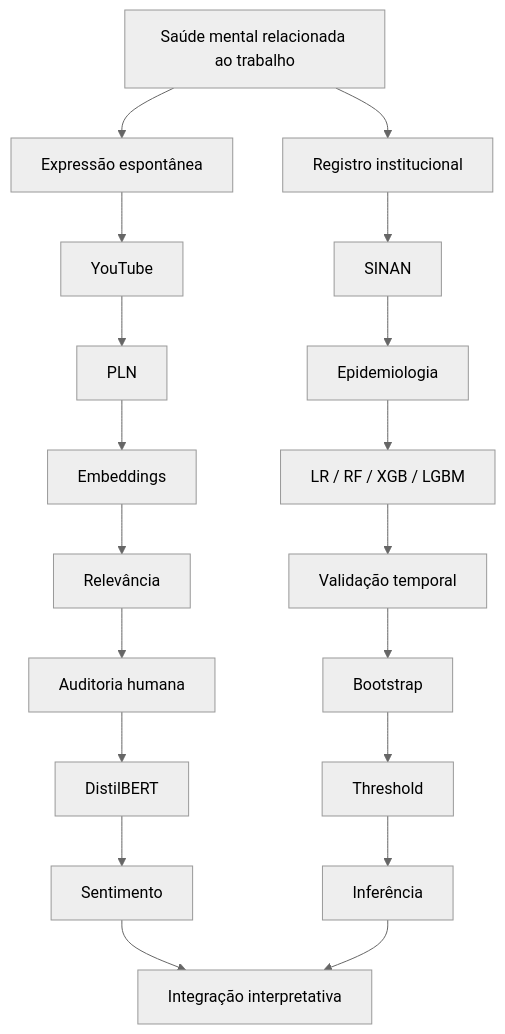
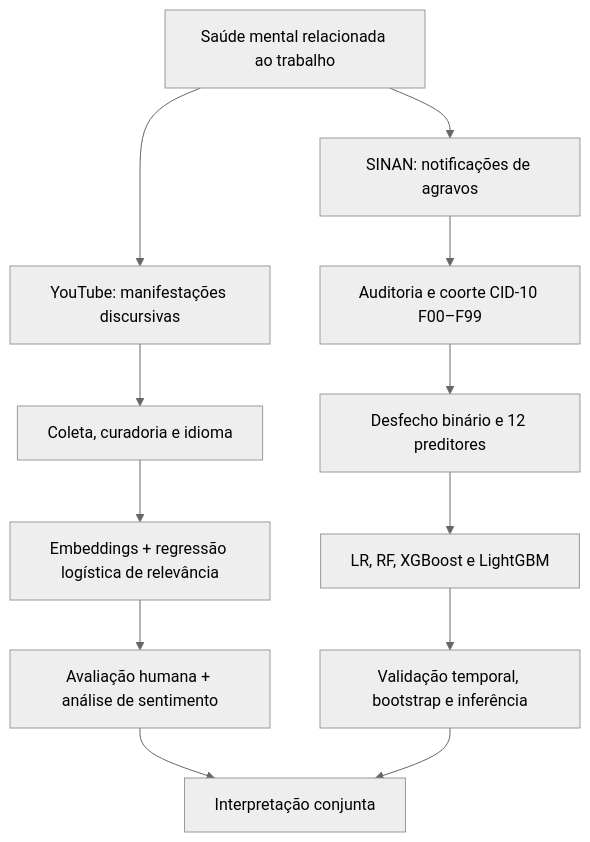
One commit to KymieSaito/tcc-sinan-riscos-psicossociais changed the diagram in README.md. Above: the diagram before and after it, drawn with Mermaid (neutral theme). The commit also changed other lines of this file, not shown here.

````diff
--- a/README.md
+++ b/README.md
@@ -1809,26 +27,14 @@
 ```mermaid
-flowchart TB
-    A["Saúde mental relacionada ao trabalho"]
-
-    A --> B["Expressão espontânea"]
-    A --> C["Registro institucional"]
-
-    B --> D["YouTube"]
-    D --> E["PLN"]
-    E --> F["Embeddings"]
-    F --> G["Relevância"]
-    G --> H["Auditoria humana"]
-    H --> I["DistilBERT"]
-    I --> J["Sentimento"]
-
-    C --> K["SINAN"]
-    K --> L["Epidemiologia"]
-    L --> M["LR / RF / XGB / LGBM"]
-    M --> N["Validação temporal"]
-    N --> O["Bootstrap"]
-    O --> P["Threshold"]
-    P --> Q["Inferência"]
-
-    J --> R["Integração interpretativa"]
-    Q --> R
+flowchart TD
+  A["Saúde mental relacionada ao trabalho"] --> B["YouTube: manifestações discursivas"]
+  A --> C["SINAN: notificações de agravos"]
+  B --> D["Coleta, curadoria e idioma"]
+  D --> E["Embeddings + regressão logística de relevância"]
+  E --> F["Avaliação humana + análise de sentimento"]
+  C --> G["Auditoria e coorte CID-10 F00–F99"]
+  G --> H["Desfecho binário e 12 preditores"]
+  H --> I["LR, RF, XGBoost e LightGBM"]
+  I --> J["Validação temporal, bootstrap e inferência"]
+  F --> K["Interpretação conjunta"]
+  J --> K
 ```
````
